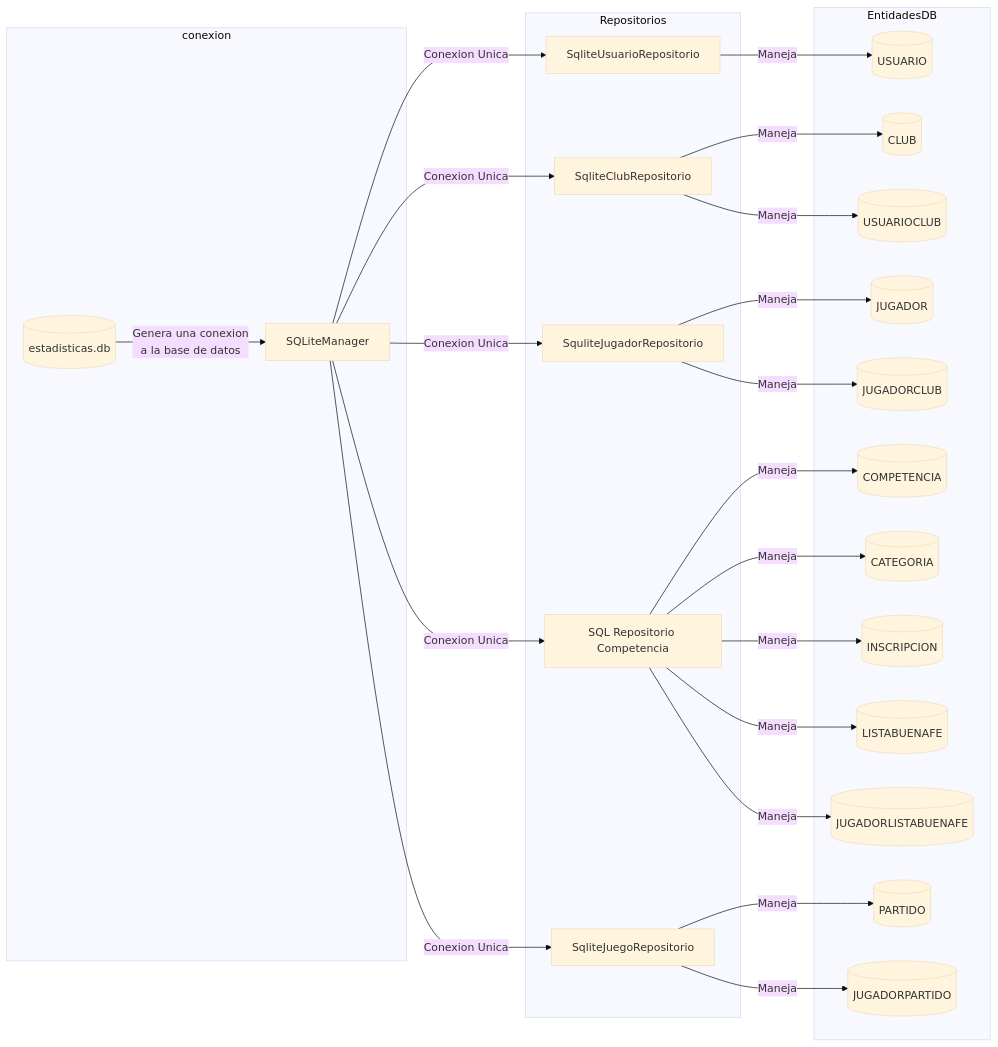
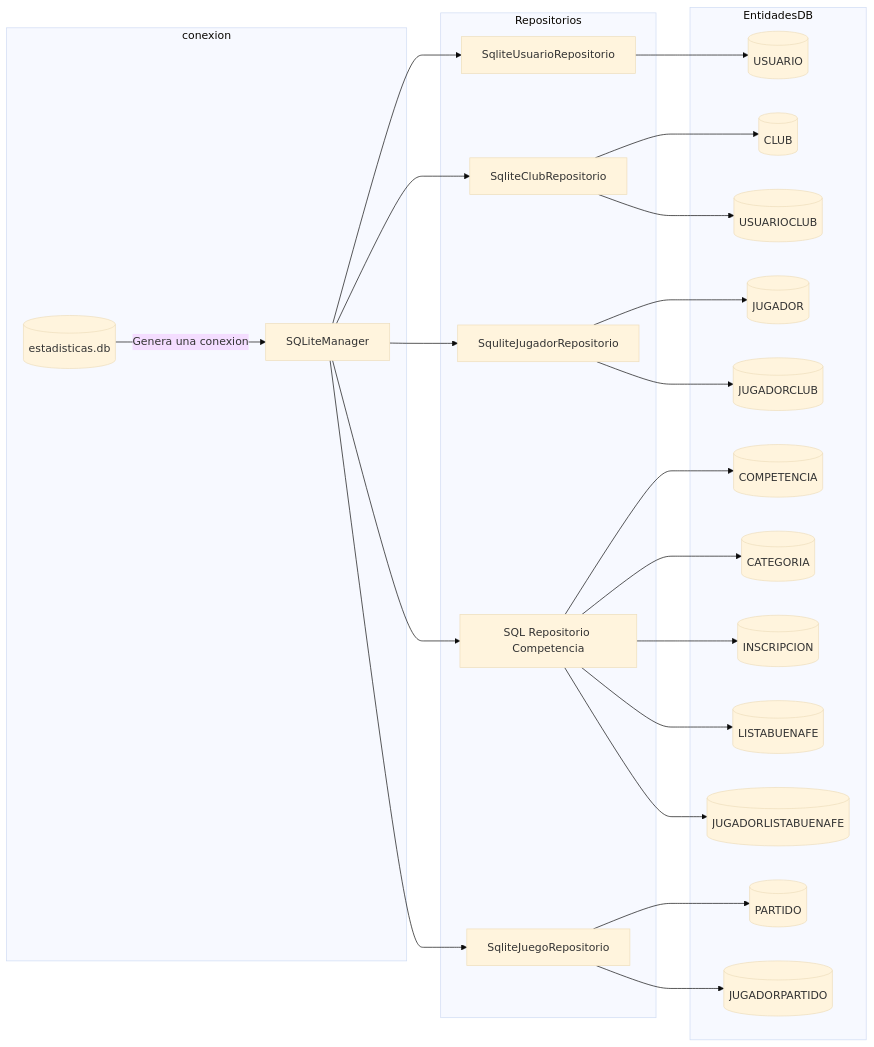
The second of 3 diagrams in docs/diagramas/diagramas.md (nicopinera/app_estadisticas), drawn with Mermaid (base theme) before and after one commit. The commit also changed other lines of this file and 1 other file, not shown here.

Commit message:
Actualizar diagramas y mejorar configuración de MkDocs para documentación técnica

````diff
--- a/docs/diagramas/diagramas.md
+++ b/docs/diagramas/diagramas.md
@@ -202,49 +207,50 @@
 ```mermaid
 flowchart LR
     db[(estadisticas.db)]
     dbManager["SQLiteManager"]
     repoUsuario["SqliteUsuarioRepositorio"]
     repoJugador["SquliteJugadorRepositorio"]
     repoJuego["SqliteJuegoRepositorio"]
     repoClub["SqliteClubRepositorio"]
     repoCompetencias["SQL Repositorio Competencia"]
+    
     U[(USUARIO)]
     C[(CLUB)]
     UC[(USUARIOCLUB)]
     J[(JUGADOR)]
     JC[(JUGADORCLUB)]
     COM[(COMPETENCIA)]
     CAT[(CATEGORIA)]
     I[(INSCRIPCION)]
     LBF[(LISTABUENAFE)]
     JLBF[(JUGADORLISTABUENAFE)]
     P[(PARTIDO)]
     JP[(JUGADORPARTIDO)]
 
     subgraph conexion
-    db-->|"Genera una conexion <br> a la base de datos"|dbManager
+        db -->|"Genera una conexion"| dbManager
     end
 
     subgraph Repositorios
-    dbManager -->|"Conexion Unica"| repoUsuario
-    dbManager -->|"Conexion Unica"| repoJugador
-    dbManager -->|"Conexion Unica"| repoJuego
-    dbManager -->|"Conexion Unica"| repoClub
-    dbManager -->|"Conexion Unica"| repoCompetencias
+        dbManager --> repoUsuario
+        dbManager --> repoJugador
+        dbManager --> repoJuego
+        dbManager --> repoClub
+        dbManager --> repoCompetencias
     end
 
     subgraph EntidadesDB
-    repoUsuario -->|"Maneja"|U
-    repoClub -->|"Maneja"|C
-    repoClub -->|"Maneja"|UC
-    repoCompetencias -->|"Maneja"|COM
-    repoCompetencias -->|"Maneja"|CAT
-    repoCompetencias -->|"Maneja"|I
-    repoCompetencias -->|"Maneja"|LBF
-    repoCompetencias -->|"Maneja"|JLBF
-    repoJuego -->|"Maneja"|P
-    repoJuego -->|"Maneja"|JP
-    repoJugador -->|"Maneja"|J
-    repoJugador -->|"Maneja"|JC
+        repoUsuario --> U
+        repoClub --> C
+        repoClub --> UC
+        repoCompetencias --> COM
+        repoCompetencias --> CAT
+        repoCompetencias --> I
+        repoCompetencias --> LBF
+        repoCompetencias --> JLBF
+        repoJuego --> P
+        repoJuego --> JP
+        repoJugador --> J
+        repoJugador --> JC
     end
 ```
````
